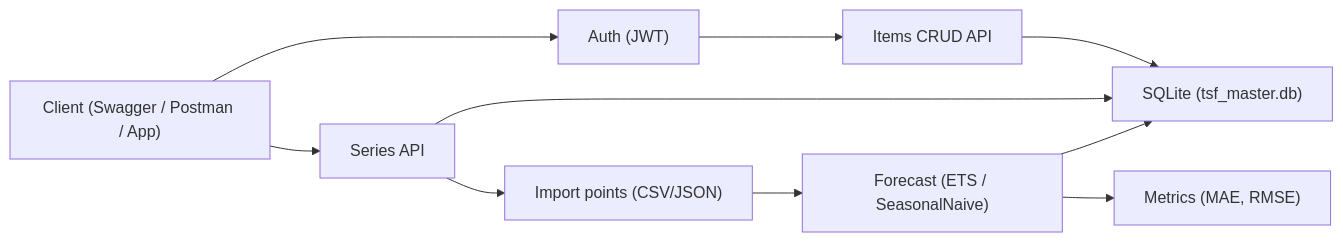
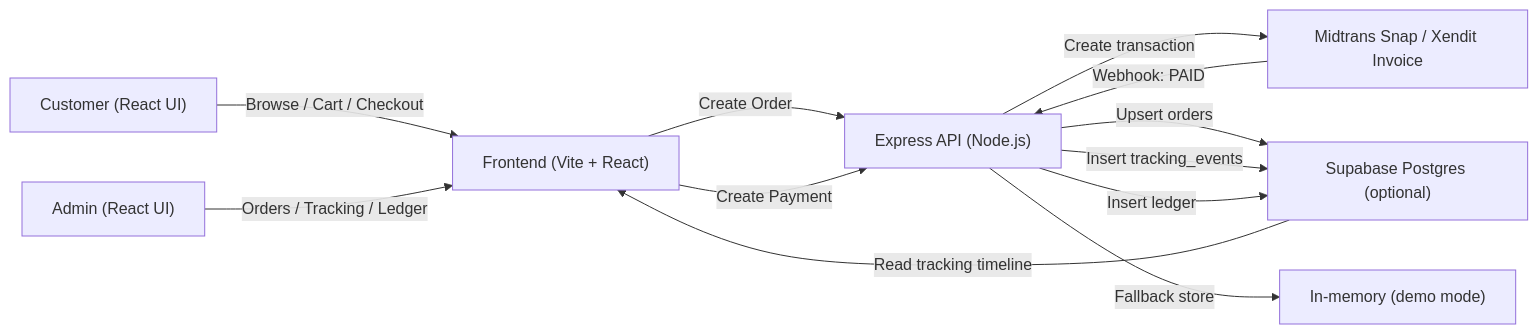
Before and after one commit to yirassssindaba-coder/time-series-forecasting: the diagram in README.md, drawn with Mermaid. The commit also changed other lines of this file, not shown here.

````diff
--- a/README.md
+++ b/README.md
@@ -124,12 +112,18 @@
 ```mermaid
 flowchart LR
-  C["Client (Swagger / Postman / App)"] --> A["Auth (JWT)"]
-  A --> I["Items CRUD API"]
-  C --> S["Series API"]
-  S --> P["Import points (CSV/JSON)"]
-  P --> F["Forecast (ETS / SeasonalNaive)"]
-  F --> M["Metrics (MAE, RMSE)"]
-  I --> DB["SQLite (tsf_master.db)"]
-  S --> DB
-  F --> DB
+  U["Customer (React UI)"] -->|Browse / Cart / Checkout| FE["Frontend (Vite + React)"]
+  A["Admin (React UI)"] -->|Orders / Tracking / Ledger| FE
+
+  FE -->|Create Order| API["Express API (Node.js)"]
+  FE -->|Create Payment| API
+
+  API -->|Create transaction| PAY["Midtrans Snap / Xendit Invoice"]
+  PAY -->|Webhook: PAID| API
+
+  API -->|Upsert orders| DB["Supabase Postgres (optional)"]
+  API -->|Insert tracking_events| DB
+  API -->|Insert ledger| DB
+
+  DB -->|Read tracking timeline| FE
+  API -->|Fallback store| MEM["In-memory (demo mode)"]
 ```
````
